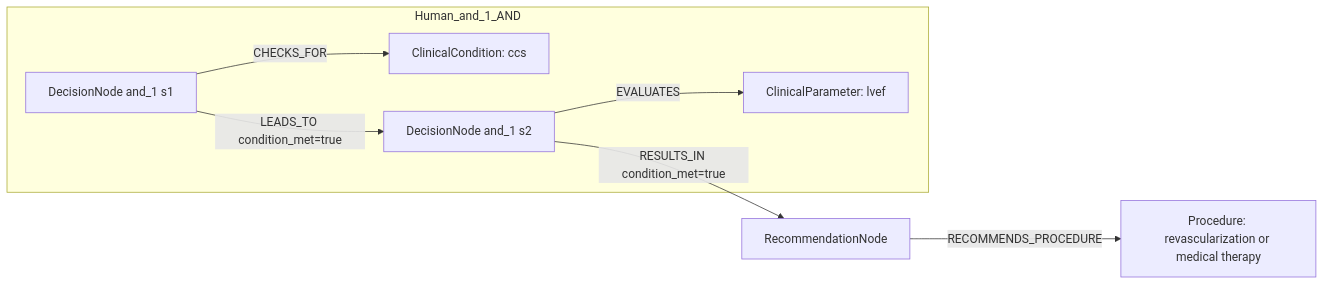
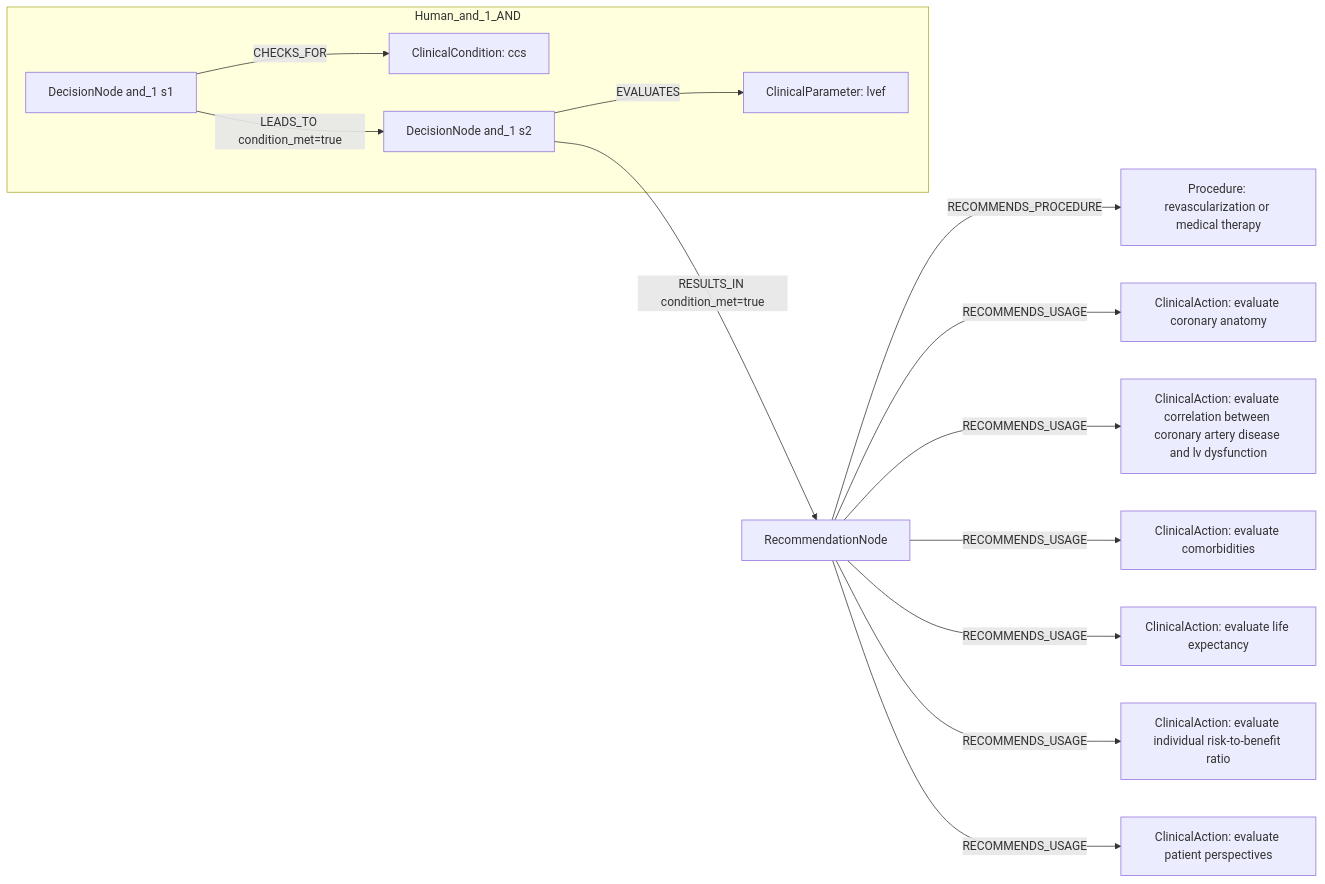
Before and after one commit to dieterich-lab/CardioGuidelinesGraph: the first of 2 diagrams in docs/table22_rows_comparison/row_09.md, drawn with Mermaid. The commit also changed other lines of this file and 21 other files, not shown here.

Commit message:
Fix rowwise Mermaid side handling for human annotations

````diff
--- a/docs/table22_rows_comparison/row_09.md
+++ b/docs/table22_rows_comparison/row_09.md
@@ -168,16 +168,28 @@
 ```mermaid
 graph LR
   REC[RecommendationNode]
   ACT1[Procedure: revascularization or medical therapy]
   REC -->|RECOMMENDS_PROCEDURE| ACT1
+  ACT2[ClinicalAction: evaluate coronary anatomy]
+  REC -->|RECOMMENDS_USAGE| ACT2
+  ACT3[ClinicalAction: evaluate correlation between coronary artery disease and lv dysfunction]
+  REC -->|RECOMMENDS_USAGE| ACT3
+  ACT4[ClinicalAction: evaluate comorbidities]
+  REC -->|RECOMMENDS_USAGE| ACT4
+  ACT5[ClinicalAction: evaluate life expectancy]
+  REC -->|RECOMMENDS_USAGE| ACT5
+  ACT6[ClinicalAction: evaluate individual risk-to-benefit ratio]
+  REC -->|RECOMMENDS_USAGE| ACT6
+  ACT7[ClinicalAction: evaluate patient perspectives]
+  REC -->|RECOMMENDS_USAGE| ACT7
   subgraph Human_and_1_AND
     D_and_1_1[DecisionNode and_1 s1]
     C_and_1_1[ClinicalCondition: ccs]
     D_and_1_1 -->|CHECKS_FOR| C_and_1_1
     D_and_1_2[DecisionNode and_1 s2]
     C_and_1_2[ClinicalParameter: lvef]
     D_and_1_2 -->|EVALUATES| C_and_1_2
     D_and_1_1 -->|LEADS_TO condition_met=true| D_and_1_2
   end
   D_and_1_2 -->|RESULTS_IN condition_met=true| REC
 ```
````
